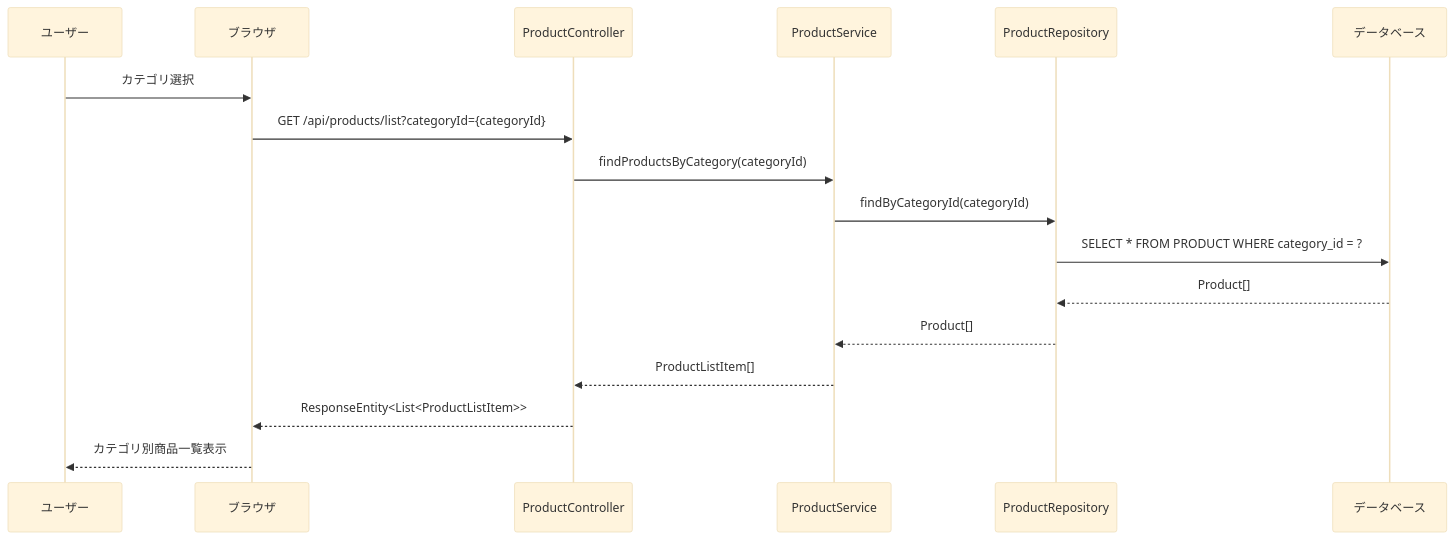
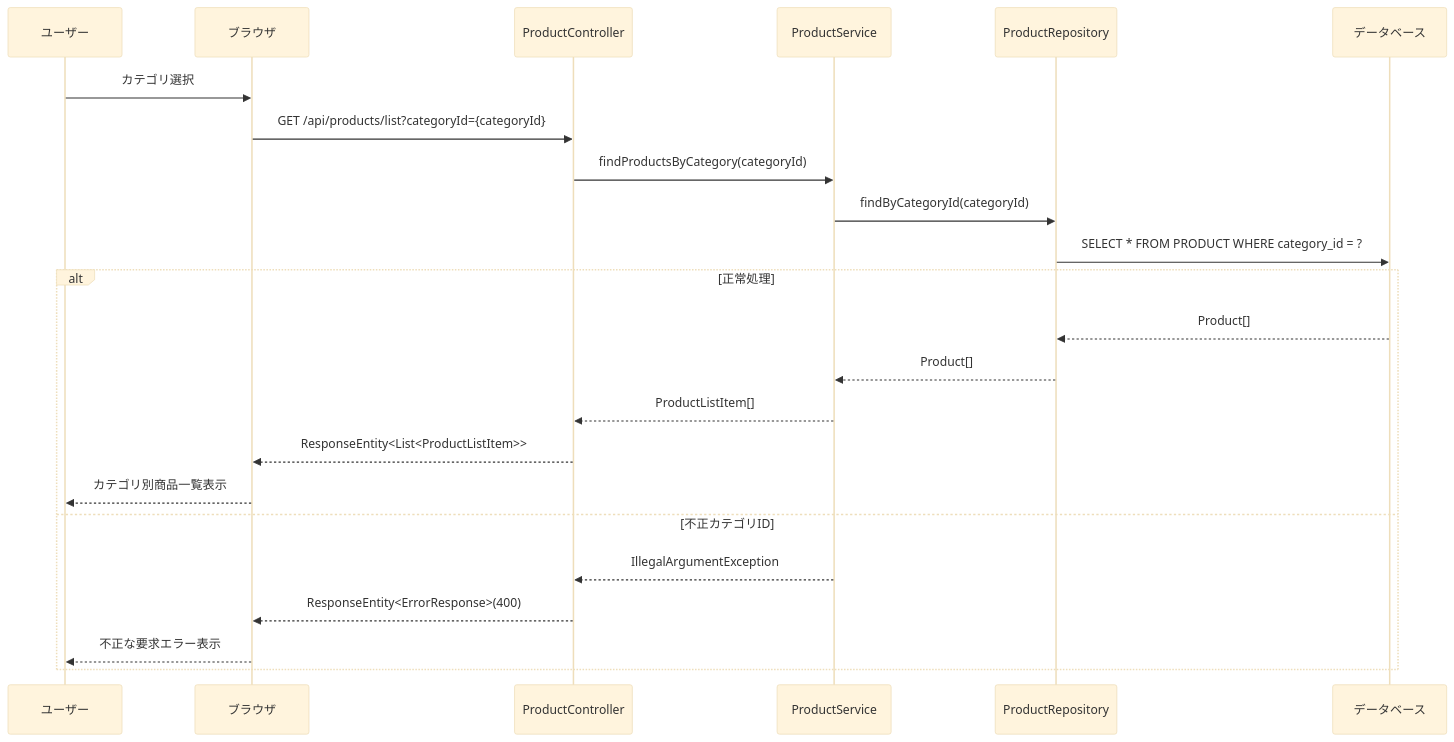
One commit to shogomaeda758/Bacon changed the second of 17 diagrams in 詳細設計/3_sequence.md. Above: the diagram before and after it, drawn with Mermaid (base theme). The commit also changed other lines of this file, not shown here.

Commit message:
シーケンス図の修正

````diff
--- a/詳細設計/3_sequence.md
+++ b/詳細設計/3_sequence.md
@@ -58,20 +69,27 @@
 ```mermaid
 sequenceDiagram
     participant U as ユーザー
     participant B as ブラウザ
     participant PC as ProductController
     participant PS as ProductService
     participant PR as ProductRepository
     participant DB as データベース
 
     U->>B: カテゴリ選択
     B->>PC: GET /api/products/list?categoryId={categoryId}
     PC->>PS: findProductsByCategory(categoryId)
     PS->>PR: findByCategoryId(categoryId)
     PR->>DB: SELECT * FROM PRODUCT WHERE category_id = ?
-    DB-->>PR: Product[]
-    PR-->>PS: Product[]
-    PS-->>PC: ProductListItem[]
-    PC-->>B: ResponseEntity<List<ProductListItem>>
-    B-->>U: カテゴリ別商品一覧表示
+    
+    alt 正常処理
+        DB-->>PR: Product[]
+        PR-->>PS: Product[]
+        PS-->>PC: ProductListItem[]
+        PC-->>B: ResponseEntity<List<ProductListItem>>
+        B-->>U: カテゴリ別商品一覧表示
+    else 不正カテゴリID
+        PS-->>PC: IllegalArgumentException
+        PC-->>B: ResponseEntity<ErrorResponse>(400)
+        B-->>U: 不正な要求エラー表示
+    end
 ```
````
